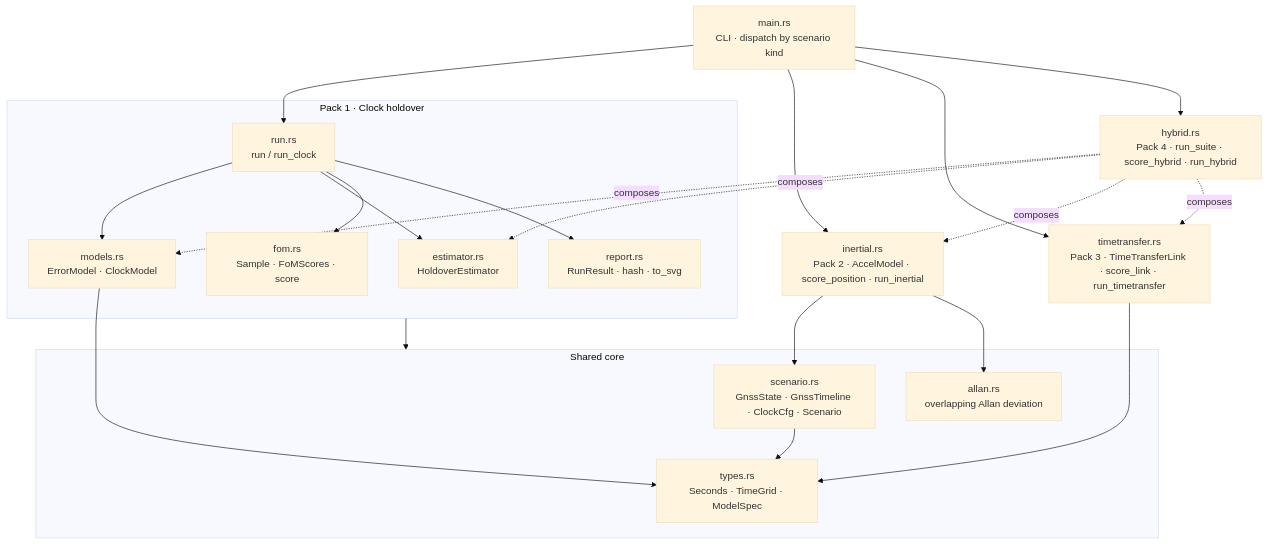
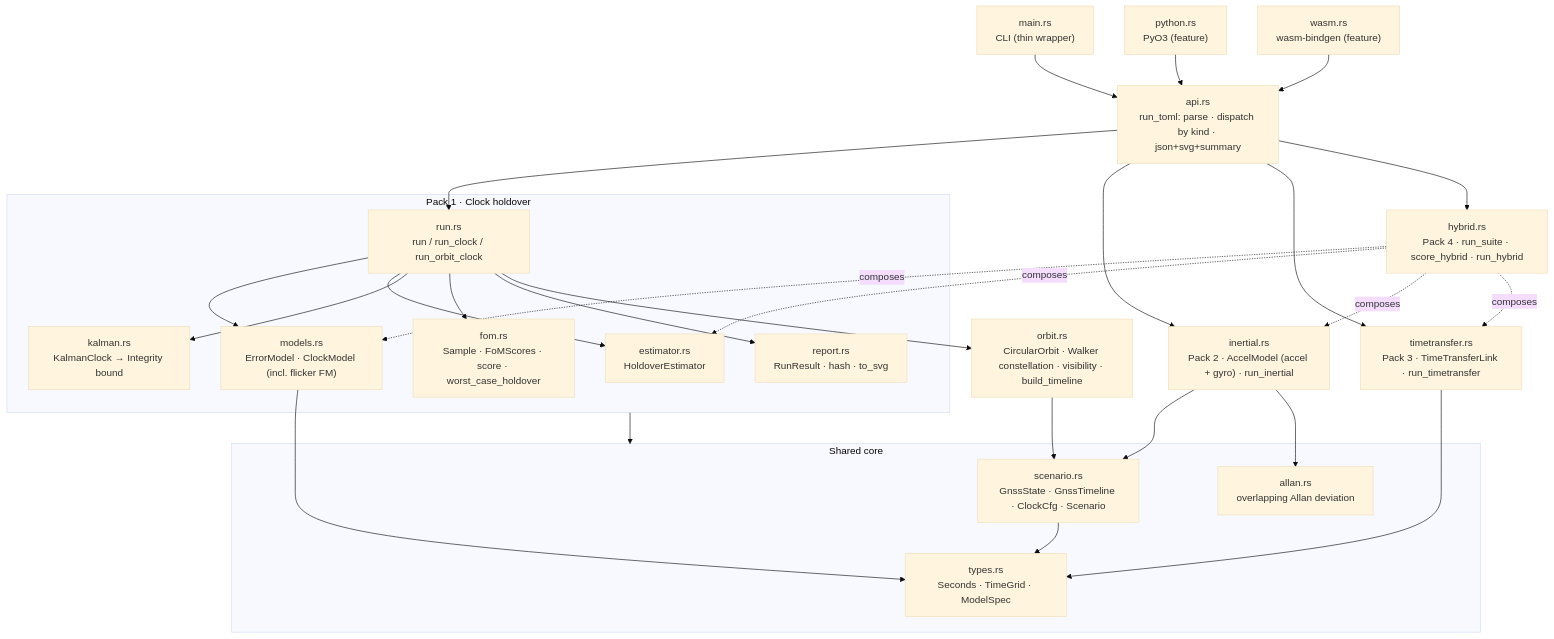
Before and after one commit to ashfordeOU/kshana: the first of 6 diagrams in docs/ARCHITECTURE.md, drawn with Mermaid (base theme). The commit also changed other lines of this file and 2 other files, not shown here.

First line of the commit message:
Bring README and architecture docs current with the engine

````diff
--- a/docs/ARCHITECTURE.md
+++ b/docs/ARCHITECTURE.md
@@ -16,42 +16,53 @@
 ```mermaid
 flowchart TD
-    main["main.rs<br/>CLI · dispatch by scenario kind"]
+    main["main.rs<br/>CLI (thin wrapper)"]
+    py["python.rs<br/>PyO3 (feature)"]
+    wasm["wasm.rs<br/>wasm-bindgen (feature)"]
+    api["api.rs<br/>run_toml: parse · dispatch by kind · json+svg+summary"]
 
     subgraph shared["Shared core"]
       types["types.rs<br/>Seconds · TimeGrid · ModelSpec"]
       scenario["scenario.rs<br/>GnssState · GnssTimeline · ClockCfg · Scenario"]
       allan["allan.rs<br/>overlapping Allan deviation"]
     end
 
     subgraph pack1["Pack 1 · Clock holdover"]
-      models["models.rs<br/>ErrorModel · ClockModel"]
+      models["models.rs<br/>ErrorModel · ClockModel (incl. flicker FM)"]
       estimator["estimator.rs<br/>HoldoverEstimator"]
-      fom["fom.rs<br/>Sample · FoMScores · score"]
+      kalman["kalman.rs<br/>KalmanClock → Integrity bound"]
+      fom["fom.rs<br/>Sample · FoMScores · score · worst_case_holdover"]
       report["report.rs<br/>RunResult · hash · to_svg"]
-      run["run.rs<br/>run / run_clock"]
+      run["run.rs<br/>run / run_clock / run_orbit_clock"]
     end
 
-    inertial["inertial.rs<br/>Pack 2 · AccelModel · score_position · run_inertial"]
-    timetransfer["timetransfer.rs<br/>Pack 3 · TimeTransferLink · score_link · run_timetransfer"]
+    inertial["inertial.rs<br/>Pack 2 · AccelModel (accel + gyro) · run_inertial"]
+    timetransfer["timetransfer.rs<br/>Pack 3 · TimeTransferLink · run_timetransfer"]
     hybrid["hybrid.rs<br/>Pack 4 · run_suite · score_hybrid · run_hybrid"]
+    orbit["orbit.rs<br/>CircularOrbit · Walker constellation · visibility · build_timeline"]
 
-    main --> run
-    main --> inertial
-    main --> timetransfer
-    main --> hybrid
+    main --> api
+    py --> api
+    wasm --> api
+    api --> run
+    api --> inertial
+    api --> timetransfer
+    api --> hybrid
 
     run --> models
     run --> estimator
+    run --> kalman
     run --> fom
     run --> report
+    run --> orbit
     models --> types
     scenario --> types
     inertial --> scenario
     timetransfer --> types
+    orbit --> scenario
     hybrid -. composes .-> models
     hybrid -. composes .-> estimator
     hybrid -. composes .-> inertial
     hybrid -. composes .-> timetransfer
     pack1 --> shared
     inertial --> allan
 ```
````
